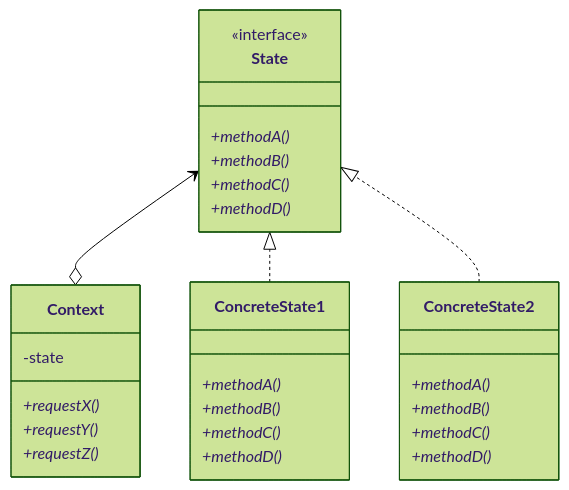
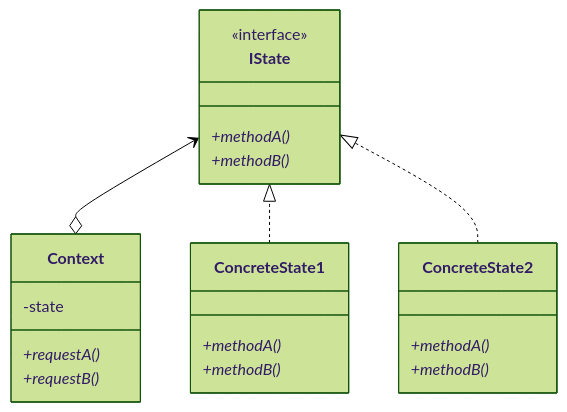
Before and after one commit to rendya2501/til: the diagram in Programming/デザインパターン/State.md, drawn with Mermaid (forest theme). The commit also changed other lines of this file and 2 other files, not shown here.

Commit message:
・state ・FactoryMethod ・テーブル差分抽出クエリ

````diff
--- a/Programming/デザインパターン/State.md
+++ b/Programming/デザインパターン/State.md
@@ -7,34 +7,27 @@
-``` mermaid
+``` mermaid : クラス図
 classDiagram
 direction BT
 
-class State {
+class IState {
     <<interface>>
     +methodA()*
     +methodB()*
-    +methodC()*
-    +methodD()*
 }
 class Context{
     -state
-    +requestX()*
-    +requestY()*
-    +requestZ()*
+    +requestA()*
+    +requestB()*
 }
 class ConcreteState1{
     +methodA()*
     +methodB()*
-    +methodC()*
-    +methodD()*
 }
 class ConcreteState2{
     +methodA()*
     +methodB()*
-    +methodC()*
-    +methodD()*
 }
 
-Context o--> State
-ConcreteState1 ..|> State
-ConcreteState2 ..|> State
+Context o--> IState
+ConcreteState1 ..|> IState
+ConcreteState2 ..|> IState
 ```
````
